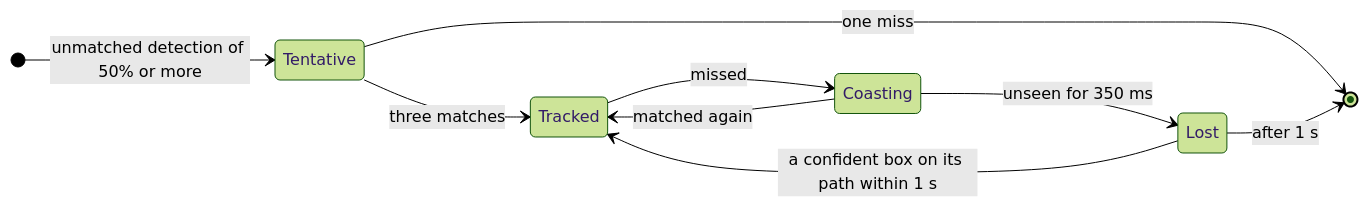
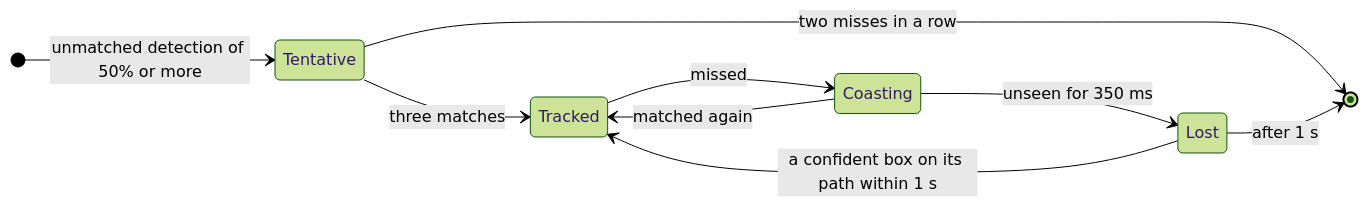
One commit to zqf20096327/ai_collect changed the eighth of 12 diagrams in data/readmes/1337Xcode__aimbuddy.md. Above: the diagram before and after it, drawn with Mermaid (forest theme). The commit also changed 1934 other files, not shown here.

````diff
--- a/data/readmes/1337Xcode__aimbuddy.md
+++ b/data/readmes/1337Xcode__aimbuddy.md
@@ -354,12 +354,12 @@
 ```mermaid
 stateDiagram-v2
     direction LR
     [*] --> Tentative: unmatched detection of 50% or more
     Tentative --> Tracked: three matches
-    Tentative --> [*]: one miss
+    Tentative --> [*]: two misses in a row
     Tracked --> Coasting: missed
     Coasting --> Tracked: matched again
     Coasting --> Lost: unseen for 350 ms
     Lost --> Tracked: a confident box on its path within 1 s
     Lost --> [*]: after 1 s
 ```
````
